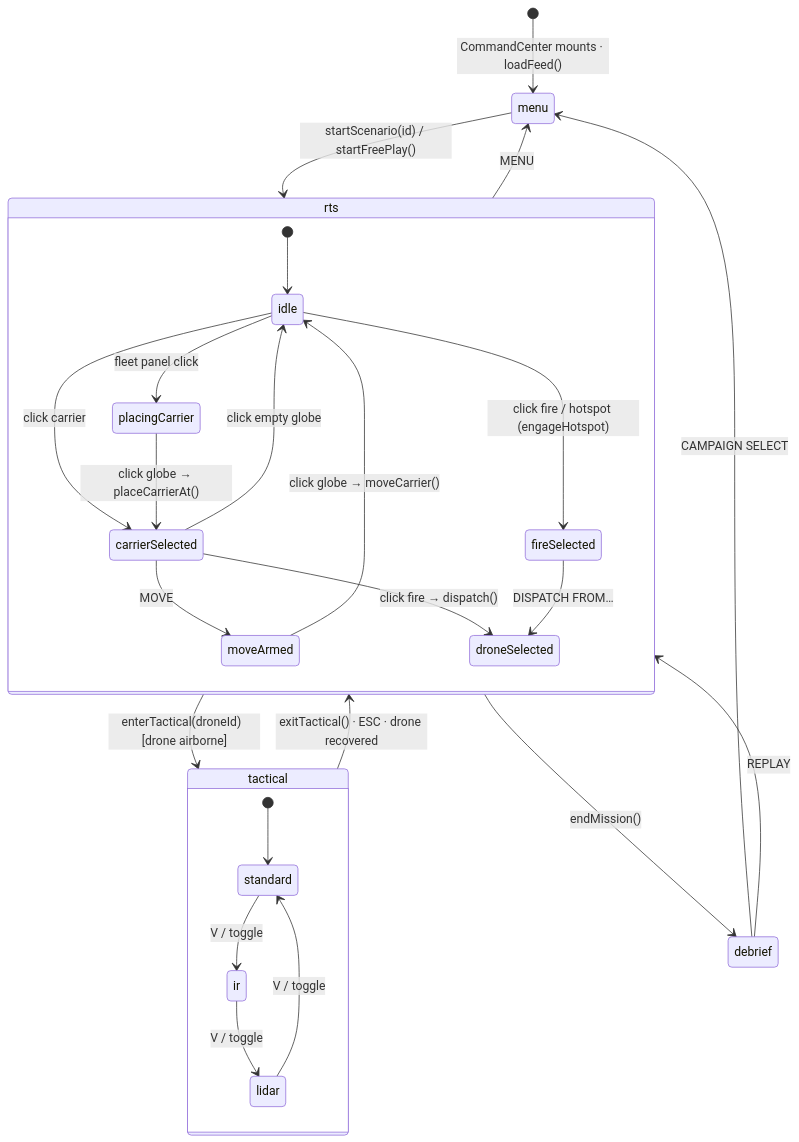
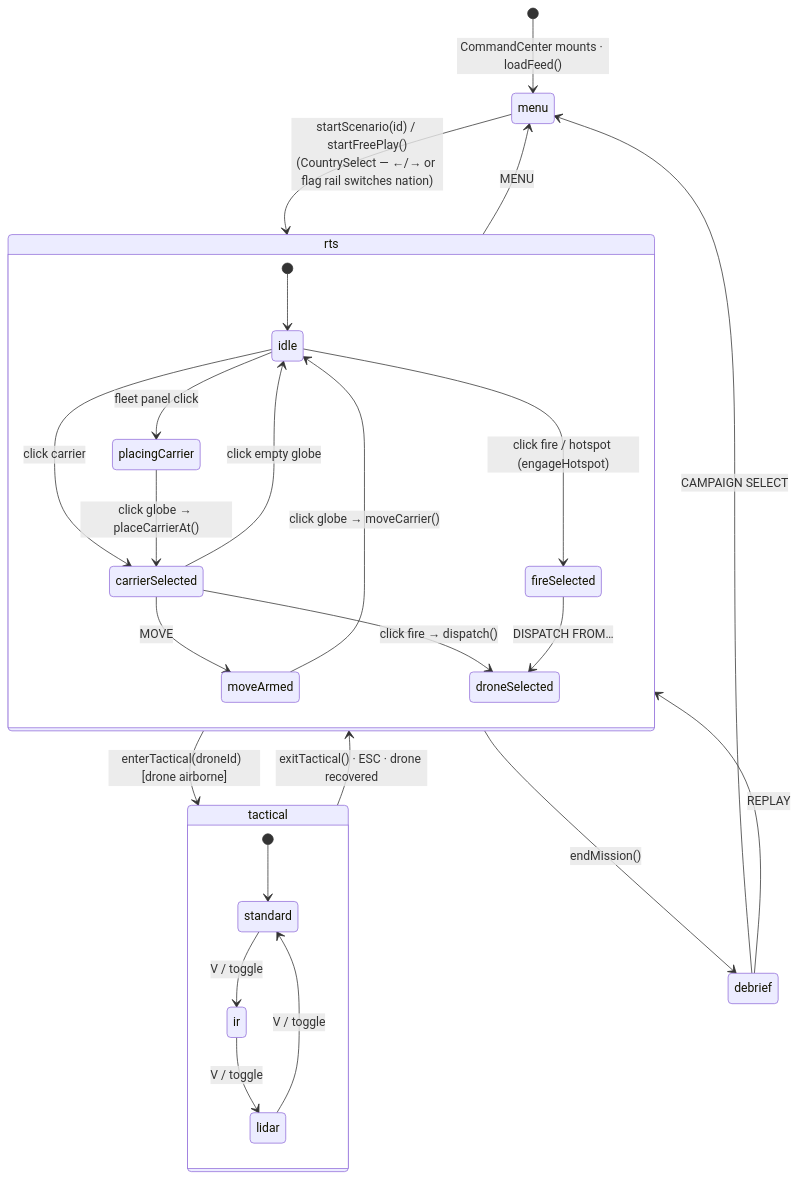
One commit to jayrosen-design/Global-Firefight-Drone-Command changed the third of 7 diagrams in README.md. Above: the diagram before and after it, drawn with Mermaid. The commit also changed other lines of this file and 7 other files, not shown here.

First line of the commit message:
Replace campaign grid with a country select screen

````diff
--- a/README.md
+++ b/README.md
@@ -361,31 +361,31 @@
 ```mermaid
 stateDiagram-v2
   [*] --> menu : CommandCenter mounts · loadFeed()
-  menu --> rts : startScenario(id) / startFreePlay()
+  menu --> rts : startScenario(id) / startFreePlay()<br/>(CountrySelect — ←/→ or flag rail switches nation)
   rts --> tactical : enterTactical(droneId)  [drone airborne]
   tactical --> rts : exitTactical() · ESC · drone recovered
   rts --> debrief : endMission()
   debrief --> rts : REPLAY
   debrief --> menu : CAMPAIGN SELECT
   rts --> menu : MENU
 
   state rts {
     [*] --> idle
     idle --> carrierSelected : click carrier
     carrierSelected --> idle : click empty globe
     carrierSelected --> moveArmed : MOVE
     moveArmed --> idle : click globe → moveCarrier()
     carrierSelected --> droneSelected : click fire → dispatch()
     idle --> fireSelected : click fire / hotspot (engageHotspot)
     fireSelected --> droneSelected : DISPATCH FROM…
     idle --> placingCarrier : fleet panel click
     placingCarrier --> carrierSelected : click globe → placeCarrierAt()
   }
 
   state tactical {
     [*] --> standard
     standard --> ir : V / toggle
     ir --> lidar : V / toggle
     lidar --> standard : V / toggle
   }
 ```
````
